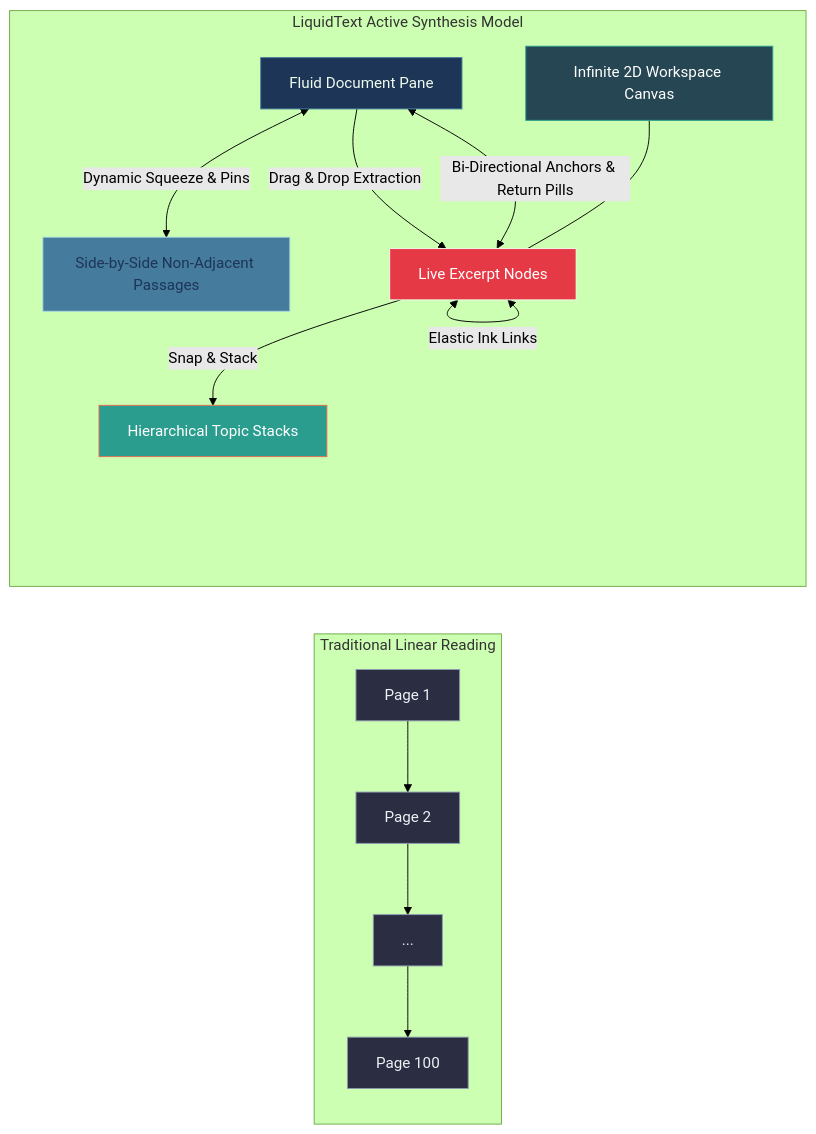
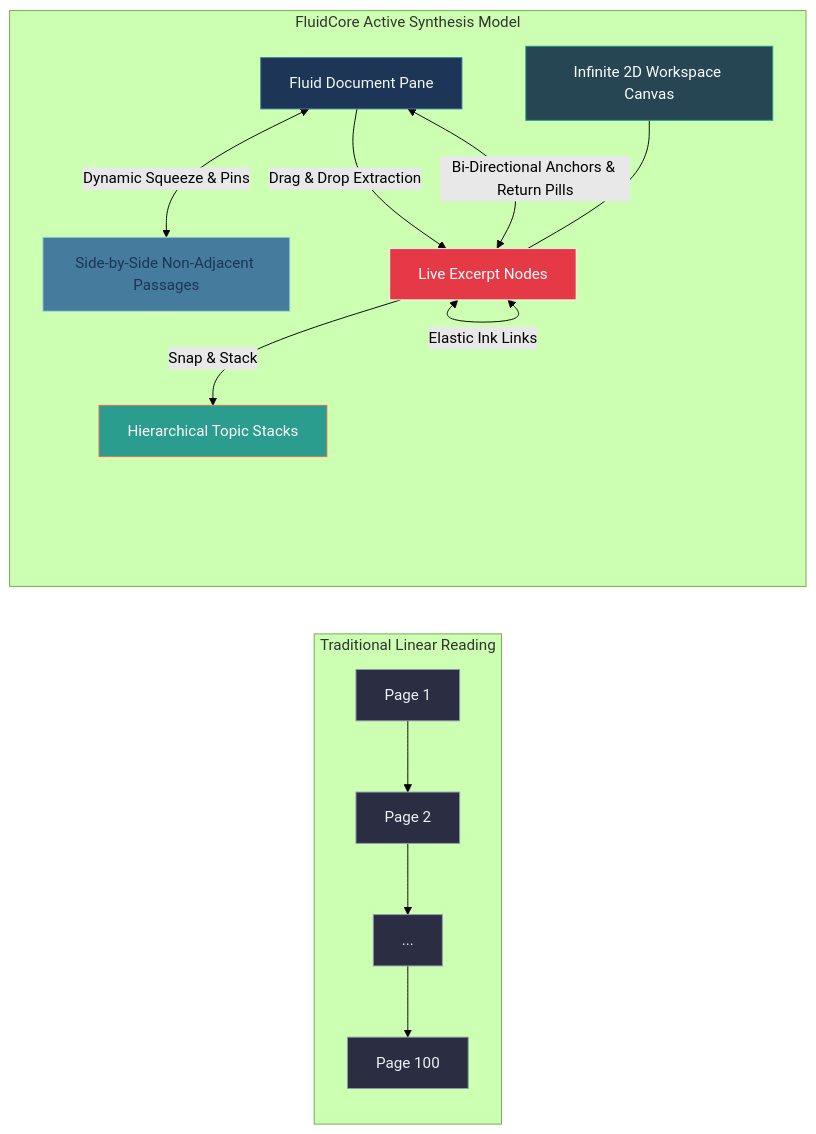
Before and after one commit to developerakshat12/FluidCorePDF: the first of 4 diagrams in specs/features.md, drawn with Mermaid (forest theme). The commit also changed other lines of this file and 11 other files, not shown here.

Commit message:
docs: replace legacy branding references with FluidCore and fluid synthesis terminology

````diff
--- a/specs/features.md
+++ b/specs/features.md
@@ -13,24 +13,24 @@
 ```mermaid
 graph LR
     subgraph Traditional Linear Reading
         P1[Page 1] --> P2[Page 2] --> P3[...] --> P100[Page 100]
         style P1 fill:#2b2d42,stroke:#8d99ae,color:#edf2f4
         style P2 fill:#2b2d42,stroke:#8d99ae,color:#edf2f4
         style P3 fill:#2b2d42,stroke:#8d99ae,color:#edf2f4
         style P100 fill:#2b2d42,stroke:#8d99ae,color:#edf2f4
     end
 
-    subgraph LiquidText Active Synthesis Model
+    subgraph FluidCore Active Synthesis Model
         DOC[Fluid Document Pane] <-->|Dynamic Squeeze & Pins| SQUEEZE[Side-by-Side Non-Adjacent Passages]
         DOC -->|Drag & Drop Extraction| EXCERPTS[Live Excerpt Nodes]
         EXCERPTS <-->|Bi-Directional Anchors & Return Pills| DOC
         EXCERPTS -->|Snap & Stack| HIERARCHY[Hierarchical Topic Stacks]
         EXCERPTS <-->|Elastic Ink Links| EXCERPTS
         WS[Infinite 2D Workspace Canvas] --- EXCERPTS
         style DOC fill:#1d3557,stroke:#457b9d,color:#f1faee
         style SQUEEZE fill:#457b9d,stroke:#a8dadc,color:#1d3557
         style EXCERPTS fill:#e63946,stroke:#f1faee,color:#ffffff
         style HIERARCHY fill:#2a9d8f,stroke:#e76f51,color:#ffffff
         style WS fill:#264653,stroke:#2a9d8f,color:#ffffff
     end
 ```
````
